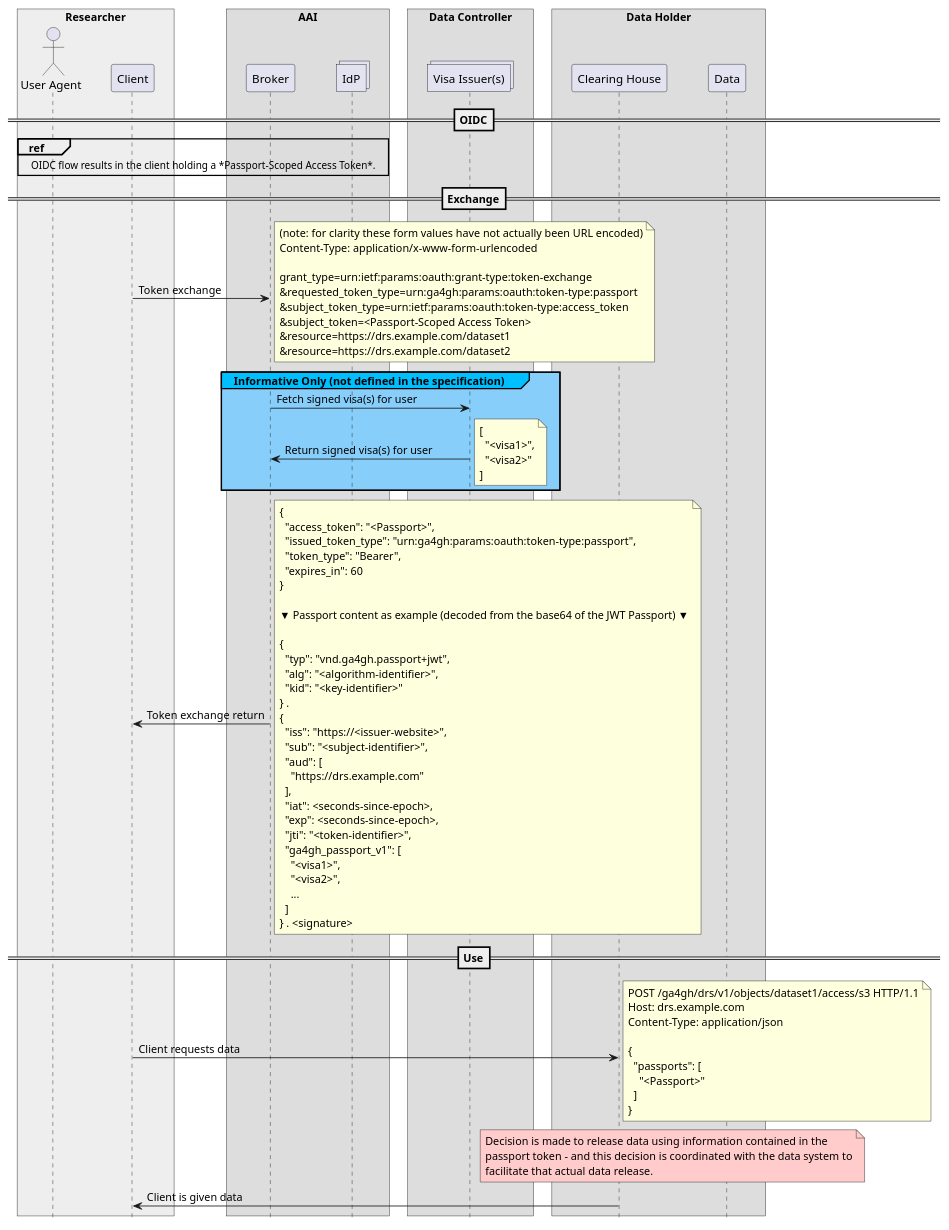
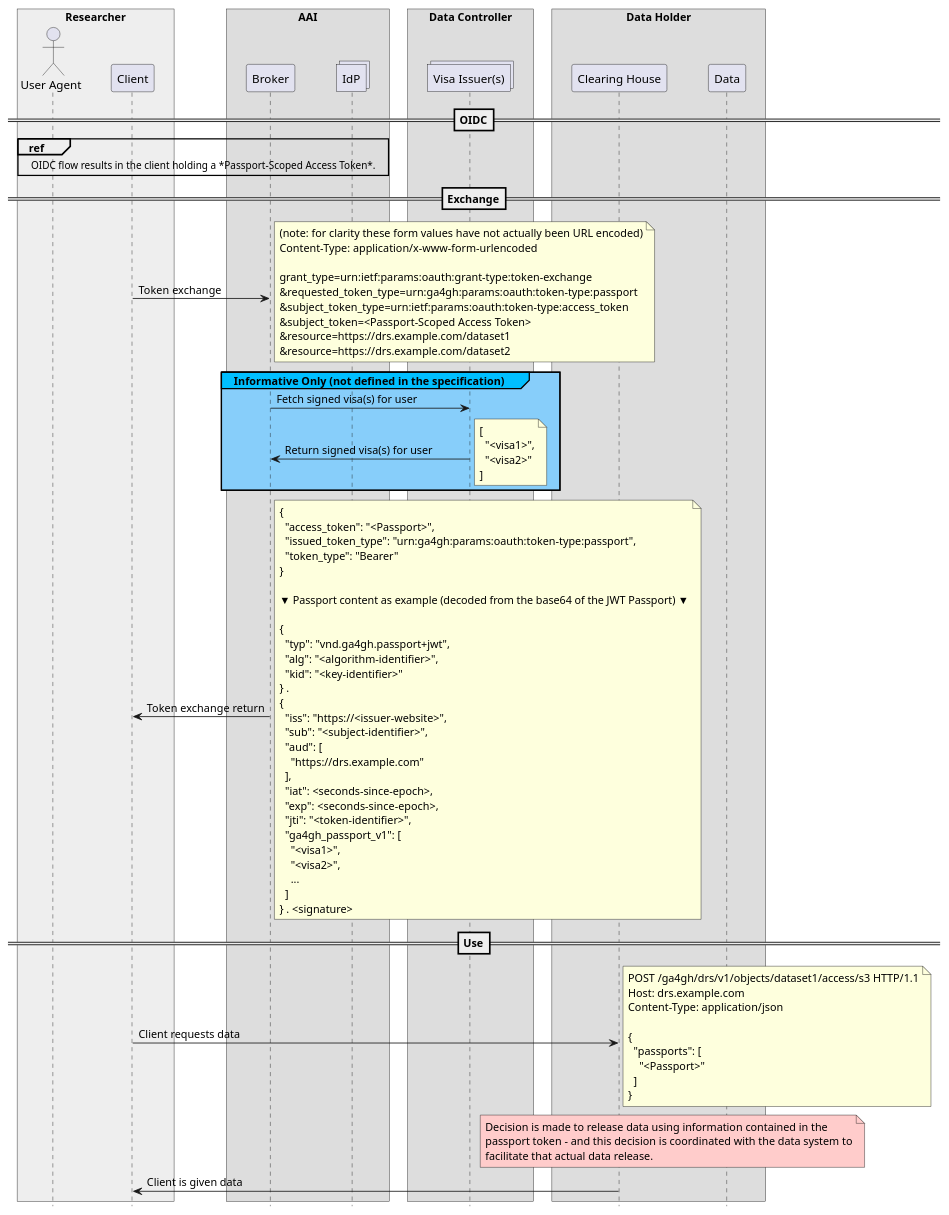
One commit to ga4gh/data-security changed the second of 4 diagrams in AAI/FAQ.md. Above: the diagram before and after it, drawn with PlantUML.

Commit message:
remove expires_in from FAQ sequence diagram

```diff
--- a/AAI/FAQ.md
+++ b/AAI/FAQ.md
@@ -128,8 +128,7 @@
 {
   "access_token": "<Passport>",
   "issued_token_type": "urn:ga4gh:params:oauth:token-type:passport",
-  "token_type": "Bearer",
-  "expires_in": 60
+  "token_type": "Bearer"
 }
 
 ▼ Passport content as example (decoded from the base64 of the JWT Passport) ▼
```
